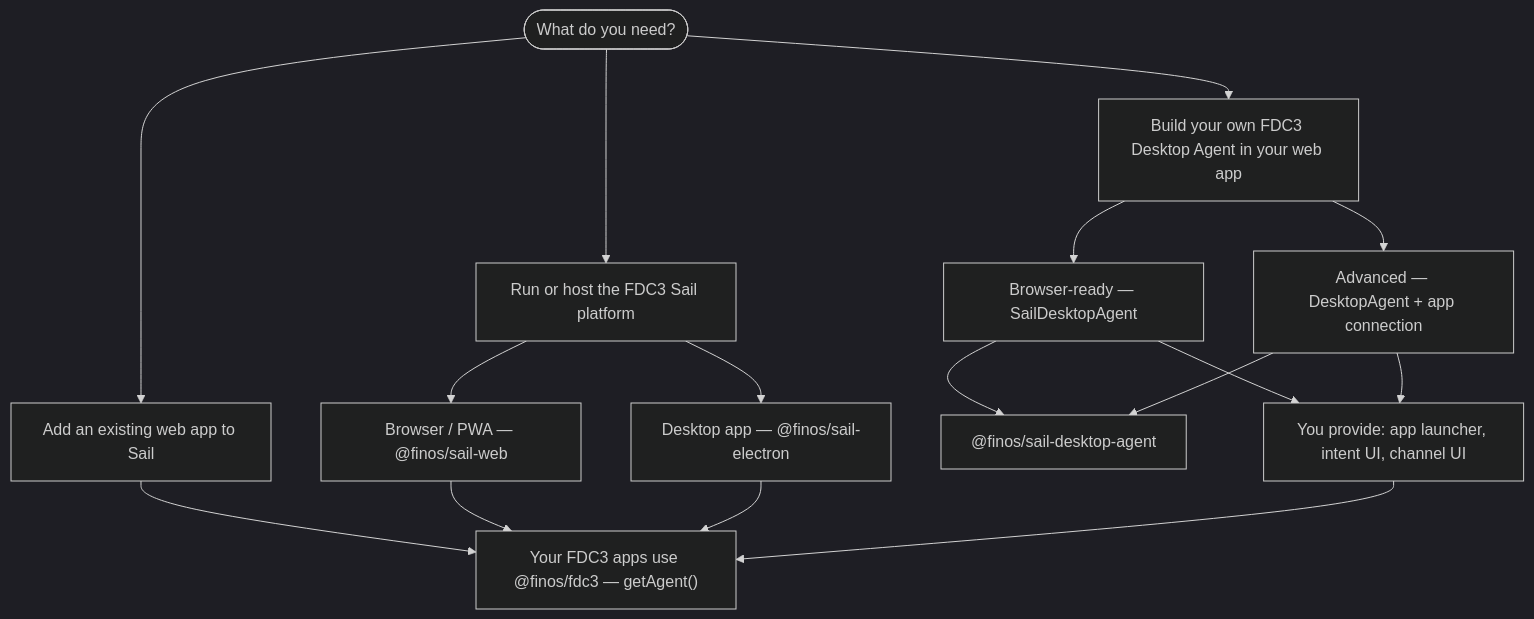
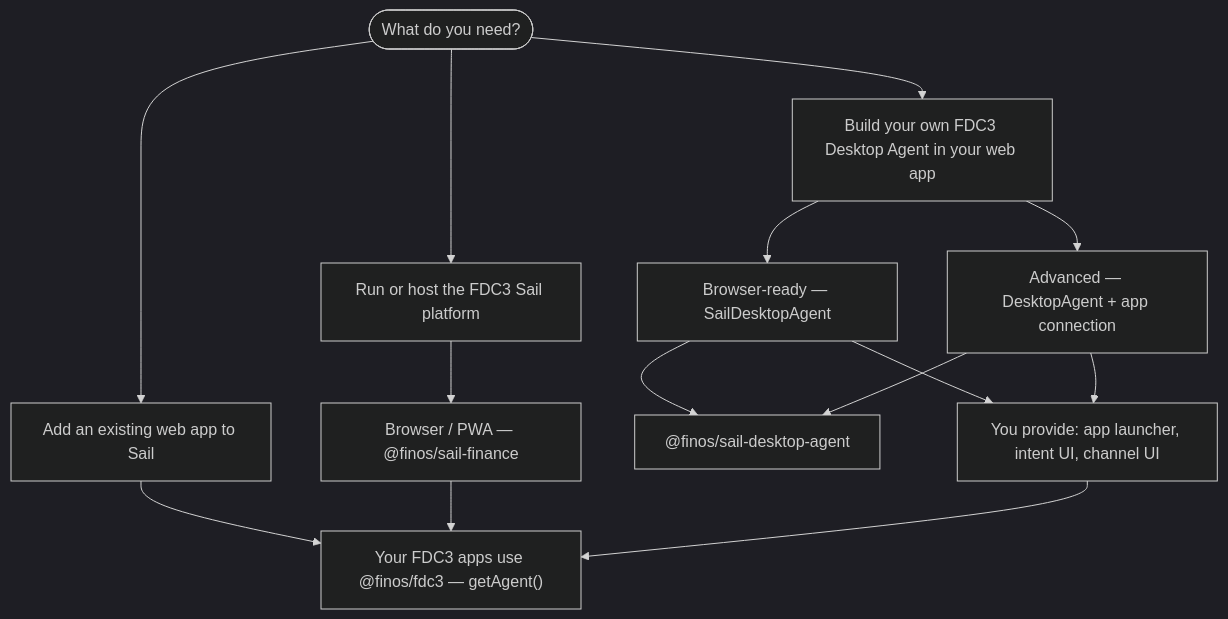
Before and after one commit to SeeWhatsOn/FDC3-Sail: the second of 2 diagrams in website/docs/intro.md, drawn with Mermaid (dark theme). The commit also changed other lines of this file and 248 other files, not shown here.

First line of the commit message:
chore: rename packages to sail-platform, sail-finance, and sail-theme

````diff
--- a/website/docs/intro.md
+++ b/website/docs/intro.md
@@ -71,28 +71,26 @@
 ```mermaid
 flowchart TD
   Start([What do you need?])
 
   Start --> AddApp[Add an existing web app to Sail]
   Start --> Run[Run or host the FDC3 Sail platform]
   Start --> Build[Build your own FDC3 Desktop Agent in your web app]
 
   AddApp --> Apps
 
-  Run --> Web["Browser / PWA — @finos/sail-web"]
-  Run --> Desktop["Desktop app — @finos/sail-electron"]
+  Run --> Web["Browser / PWA — @finos/sail-finance"]
 
   Build --> BrowserAgent["Browser-ready — SailDesktopAgent"]
   Build --> Manual["Advanced — DesktopAgent + app connection"]
 
   BrowserAgent --> Package["@finos/sail-desktop-agent"]
   Manual --> Package
 
   BrowserAgent --> HostUI[You provide: app launcher, intent UI, channel UI]
   Manual --> HostUI
 
   Web --> Apps
-  Desktop --> Apps
   HostUI --> Apps
 
   Apps["Your FDC3 apps use @finos/fdc3 — getAgent()"]
 ```
````
